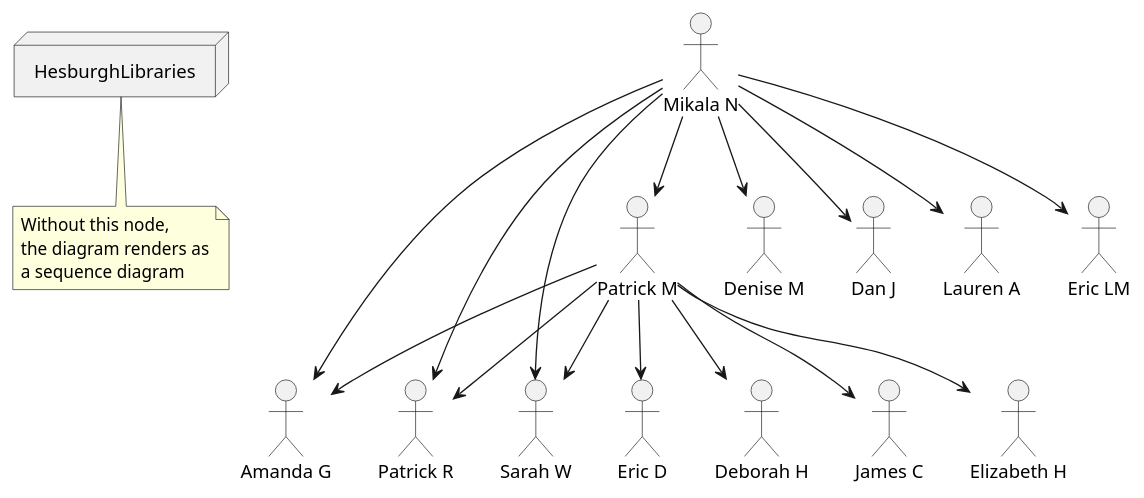
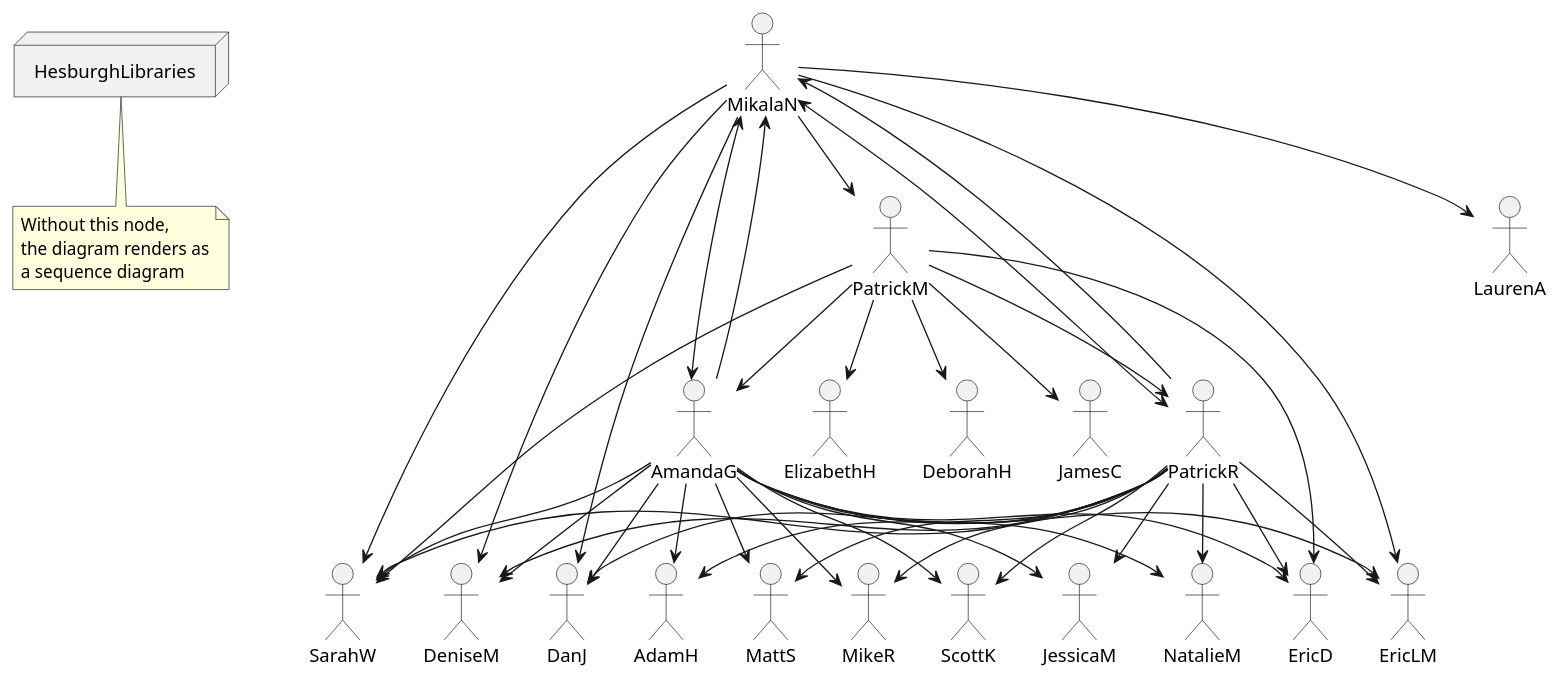
The diagram in plantuml/people.puml (ndlib/dam-ecosystem-mapping), drawn with PlantUML before and after one commit.

Commit message:
Updating people diagram
Based on conversations with Patrick R and Amanda G.

```diff
--- a/plantuml/people.puml
+++ b/plantuml/people.puml
@@ -3,38 +3,62 @@
 @startuml
 node HesburghLibraries
 note bottom of HesburghLibraries
   Without this node,
   the diagram renders as
   a sequence diagram
 end note
 
-actor "Mikala N" as MikalaN
-actor "Patrick M" as PatrickM
-actor "Denise M" as DeniseM
-actor "Amanda G" as AmandaG
-actor "Patrick R" as PatrickR
-actor "Sarah W" as SarahW
-actor "Dan J" as DanJ
-actor "Lauren A" as LaurenA
-actor "Elizabeth H" as ElizabethH
-actor "Eric D" as EricD
-actor "Deborah H" as DeborahH
-actor "James C" as JamesC
-actor "Eric LM" as EricLM
+actor MikalaN
+actor PatrickM
+actor DeniseM
+actor AmandaG
+actor PatrickR
+actor SarahW
+actor DanJ
+actor LaurenA
+actor ElizabethH
+actor EricD
+actor DeborahH
+actor JamesC
+actor EricLM
 
 MikalaN --> PatrickM
 MikalaN --> DeniseM
-MikalaN --> AmandaG
-MikalaN --> PatrickR
+MikalaN <--> AmandaG
+MikalaN <--> PatrickR
 MikalaN --> SarahW
 MikalaN --> DanJ
 MikalaN --> LaurenA
 PatrickM --> ElizabethH
 PatrickM --> EricD
 PatrickM --> SarahW
 PatrickM --> AmandaG
 PatrickM --> PatrickR
 PatrickM --> DeborahH
 PatrickM --> JamesC
 MikalaN --> EricLM
+PatrickR --> EricLM
+PatrickR --> SarahW
+PatrickR --> EricD
+PatrickR --> MikeR
+PatrickR --> DeniseM
+PatrickR --> DanJ
+PatrickR --> MikalaN
+PatrickR --> ScottK
+PatrickR --> JessicaM
+PatrickR --> NatalieM
+PatrickR --> AdamH
+PatrickR --> MattS
+AmandaG --> EricLM
+AmandaG --> SarahW
+AmandaG --> EricD
+AmandaG --> MikeR
+AmandaG --> DeniseM
+AmandaG --> DanJ
+AmandaG --> MikalaN
+AmandaG --> ScottK
+AmandaG --> JessicaM
+AmandaG --> NatalieM
+AmandaG --> AdamH
+AmandaG --> MattS
 @enduml
```
